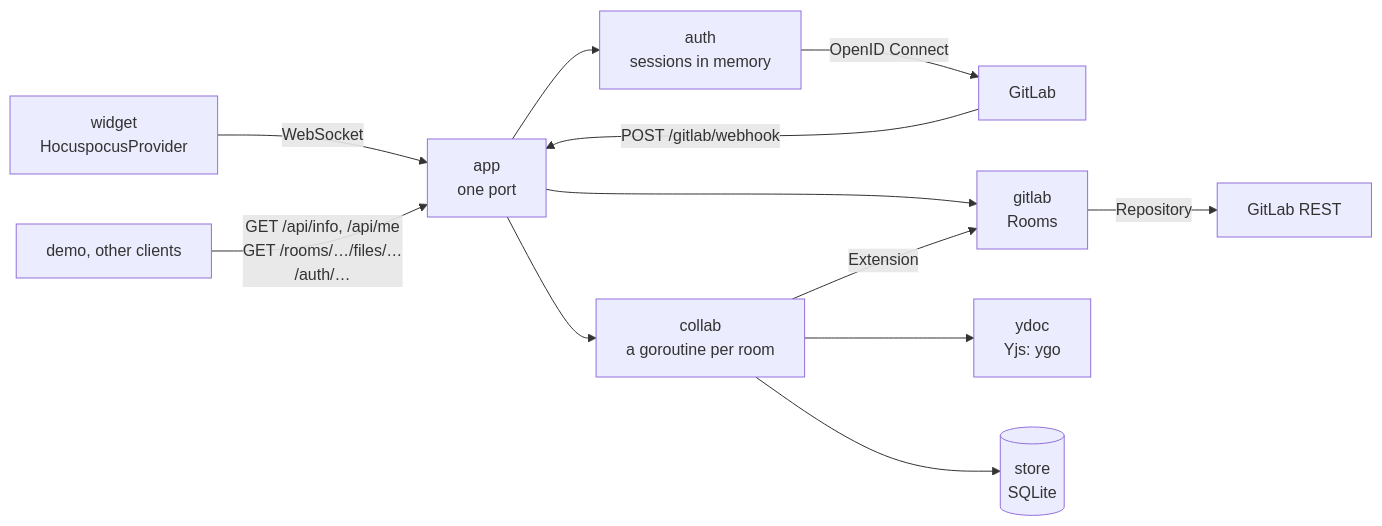
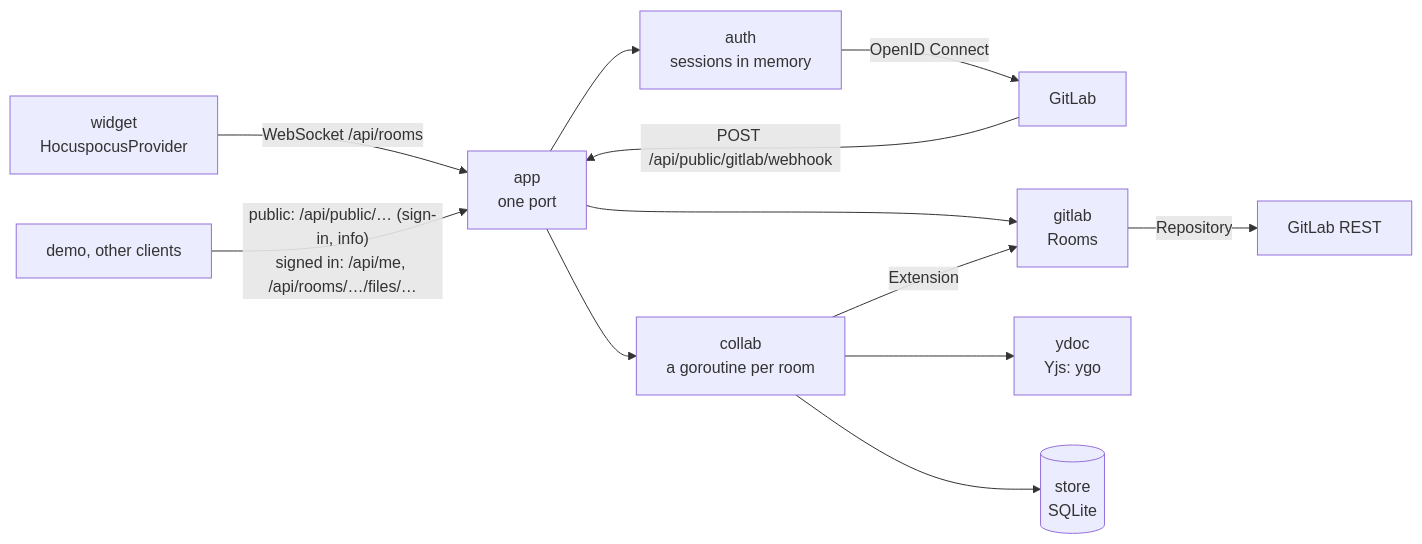
One commit to sandstorm/zwiebelfisch changed the diagram in docs/diagrams/server.mmd. Above: the diagram before and after it, drawn with Mermaid. The commit also changed 32 other files, not shown here.

First line of the commit message:
Server: /api/public/ is the only public part, everything else signed in

```diff
--- a/docs/diagrams/server.mmd
+++ b/docs/diagrams/server.mmd
@@ -1,12 +1,12 @@
 flowchart LR
-  W[widget<br/>HocuspocusProvider] -- WebSocket --> A
-  B[demo, other clients] -- "GET /api/info, /api/me<br/>GET /rooms/…/files/…<br/>/auth/…" --> A
+  W[widget<br/>HocuspocusProvider] -- "WebSocket /api/rooms" --> A
+  B[demo, other clients] -- "public: /api/public/… (sign-in, info)<br/>signed in: /api/me, /api/rooms/…/files/…" --> A
   A --> AU[auth<br/>sessions in memory]
   AU -- "OpenID Connect" --> GL
-  GL[GitLab] -- "POST /gitlab/webhook" --> A
+  GL[GitLab] -- "POST /api/public/gitlab/webhook" --> A
   A[app<br/>one port] --> C[collab<br/>a goroutine per room]
   A --> X
   C --> Y[ydoc<br/>Yjs: ygo]
   C --> S[(store<br/>SQLite)]
   C -- Extension --> X[gitlab<br/>Rooms]
   X -- Repository --> R[GitLab REST]
```
